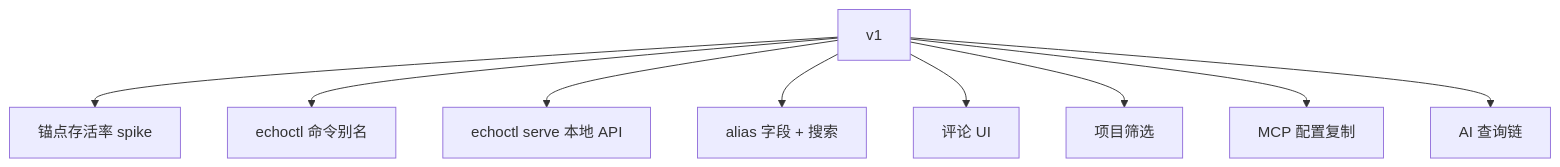
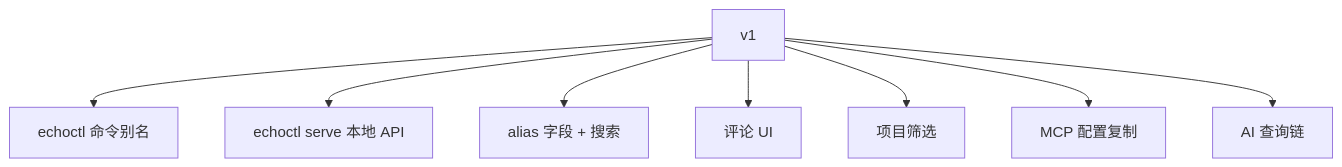
The tenth of 10 diagrams in issues/005-echo-product-surface.md (daxiguaguagua-hash/echo), drawn with Mermaid before and after one commit. The commit also changed other lines of this file and 3 other files, not shown here.

````diff
--- a/issues/005-echo-product-surface.md
+++ b/issues/005-echo-product-surface.md
@@ -353,12 +352,11 @@
 ```mermaid
 flowchart TD
   V1[v1]
-  V1 --> Spike[锚点存活率 spike]
   V1 --> CLI[echoctl 命令别名]
   V1 --> Serve[echoctl serve 本地 API]
   V1 --> Alias[alias 字段 + 搜索]
   V1 --> Comment[评论 UI]
   V1 --> Project[项目筛选]
   V1 --> MCP[MCP 配置复制]
   V1 --> Trace[AI 查询链]
 ```
````
